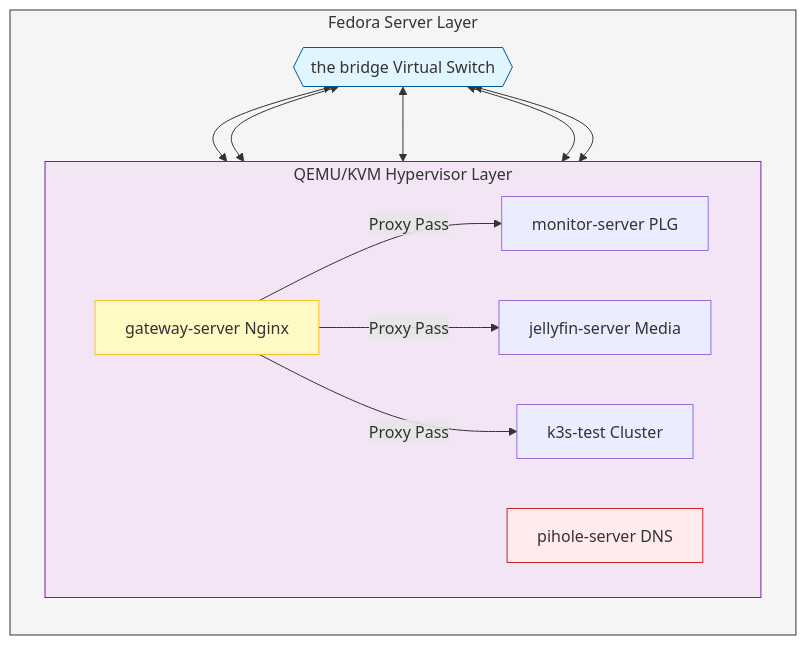
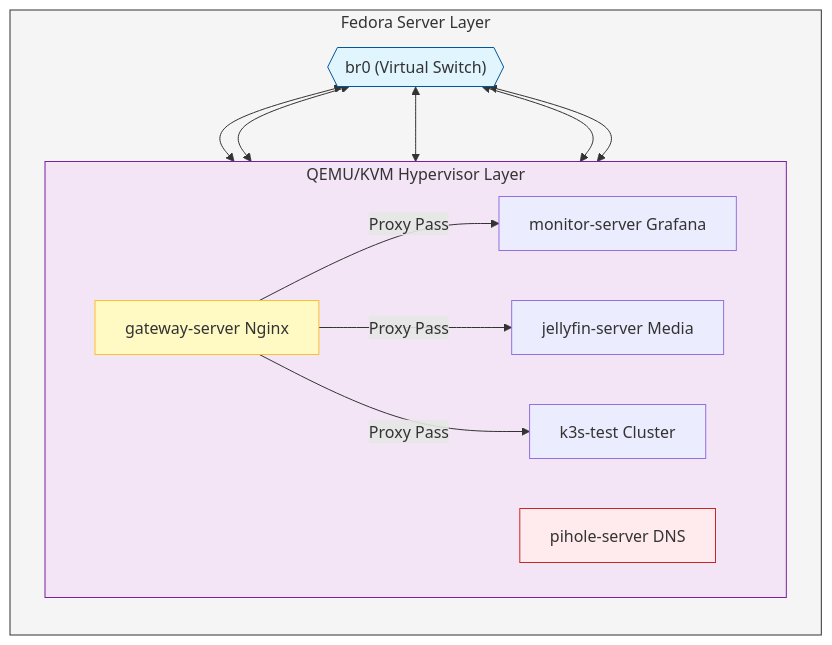
The second of 2 diagrams in README.md (Sevamiau/infra-documentation), drawn with Mermaid before and after one commit. The commit also changed other lines of this file, not shown here.

Commit message:
feat: PLG stack replaced with Alloy Stack

````diff
--- a/README.md
+++ b/README.md
@@ -135,33 +129,33 @@
 ```mermaid
 graph TB
     subgraph Host [Fedora Server Layer]
         direction TB
         
-        Bridge{{"the bridge Virtual Switch"}}
+        Bridge{{"br0 (Virtual Switch)"}}
 
         subgraph KVM [QEMU/KVM Hypervisor Layer]
             direction LR
             GW[gateway-server Nginx]
             PI[pihole-server DNS]
-            MON[monitor-server PLG]
+            MON[monitor-server Grafana]
             JF[jellyfin-server Media]
             K3S[k3s-test Cluster]
         end
 
         Bridge <--> GW
         Bridge <--> PI
         Bridge <--> MON
         Bridge <--> JF
         Bridge <--> K3S
     end
 
     GW -->|Proxy Pass| MON
     GW -->|Proxy Pass| JF
     GW -->|Proxy Pass| K3S
 
     style Host fill:#f5f5f5,stroke:#333
     style Bridge fill:#e1f5fe,stroke:#01579b
     style GW fill:#fff9c4,stroke:#fbc02d
     style PI fill:#ffebee,stroke:#c62828
     style KVM fill:#f3e5f5,stroke:#7b1fa2
 ```
````
